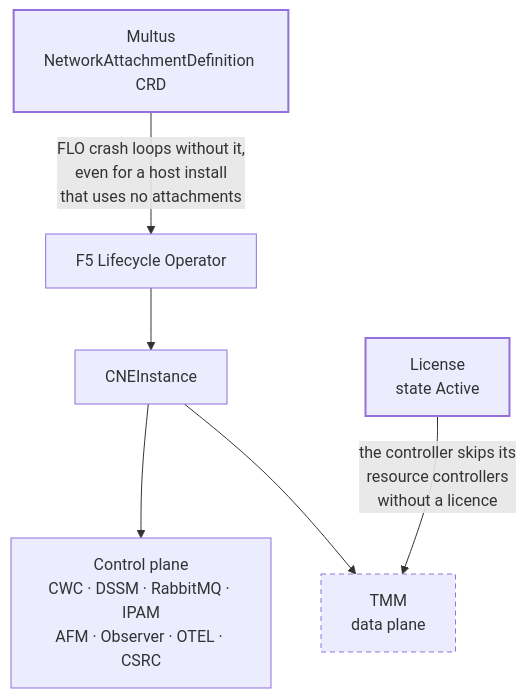
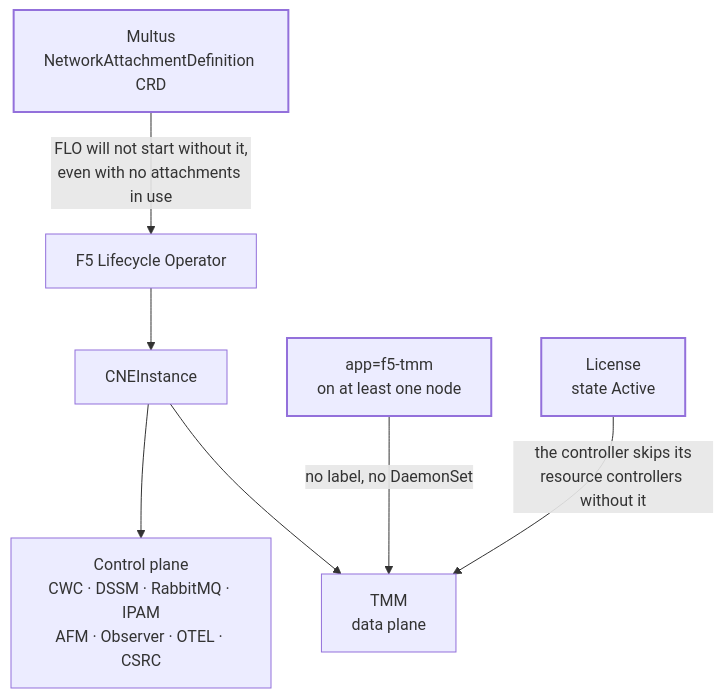
One commit to iracic82/bnk-deploy changed the sixth of 6 diagrams in README.md. Above: the diagram before and after it, drawn with Mermaid. The commit also changed other lines of this file, not shown here.

````diff
--- a/README.md
+++ b/README.md
@@ -352,19 +355,21 @@
 ```mermaid
 flowchart TB
+    LBL["app=f5-tmm<br/>on at least one node"]
     NAD["Multus<br/>NetworkAttachmentDefinition CRD"]
     FLO["F5 Lifecycle Operator"]
     CNE["CNEInstance"]
     CP["Control plane<br/>CWC · DSSM · RabbitMQ · IPAM<br/>AFM · Observer · OTEL · CSRC"]
     TMM["TMM<br/>data plane"]
     LIC["License<br/>state Active"]
 
-    NAD -->|"FLO crash loops without it,<br/>even for a host install<br/>that uses no attachments"| FLO
+    NAD -->|"FLO will not start without it,<br/>even with no attachments in use"| FLO
     FLO --> CNE
     CNE --> CP
     CNE --> TMM
-    LIC -->|"the controller skips its<br/>resource controllers<br/>without a licence"| TMM
+    LBL -->|"no label, no DaemonSet"| TMM
+    LIC -->|"the controller skips its<br/>resource controllers without it"| TMM
 
+    style LBL stroke-width:2px
     style NAD stroke-width:2px
     style LIC stroke-width:2px
-    style TMM stroke-dasharray: 5 4
 ```
````
